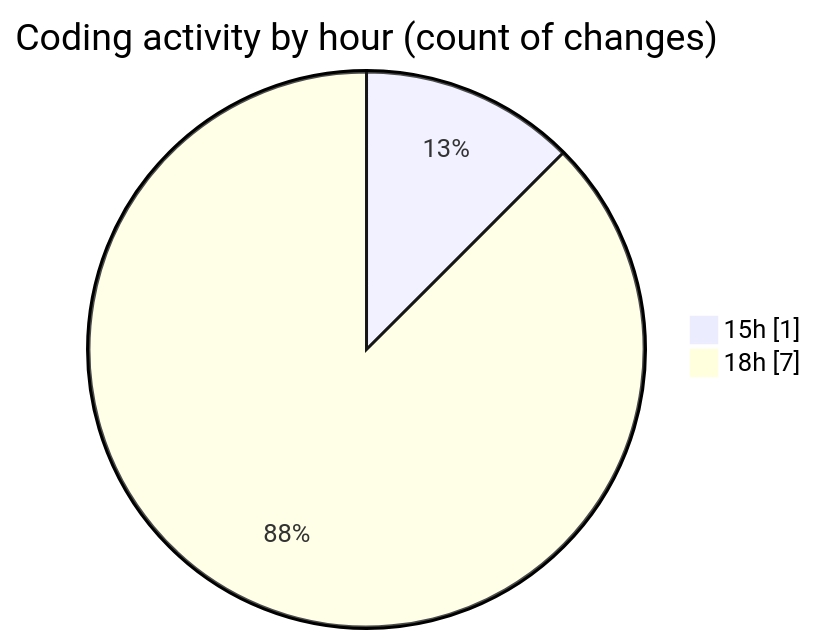
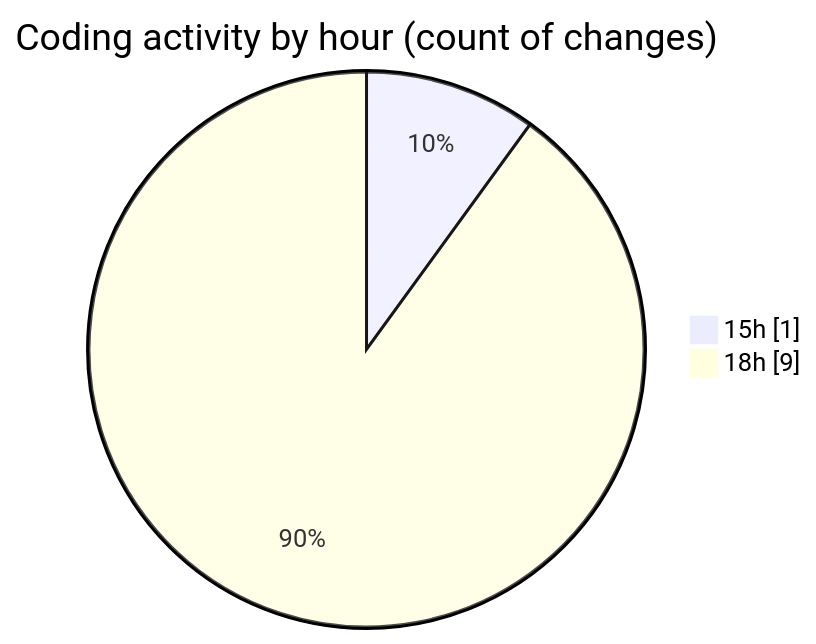
One commit to nxtqubesakshisongat/code-tracking changed the second of 2 diagrams in 2026-02-03/nxtqube_webapp/README.md. Above: the diagram before and after it, drawn with Mermaid. The commit also changed other lines of this file and 1 other file, not shown here.

````diff
--- a/2026-02-03/nxtqube_webapp/README.md
+++ b/2026-02-03/nxtqube_webapp/README.md
@@ -28,6 +28,6 @@
 ```mermaid
 pie showData
 title Coding activity by hour (count of changes)
 "15h" : 1
-"18h" : 7
+"18h" : 9
 ```
````
